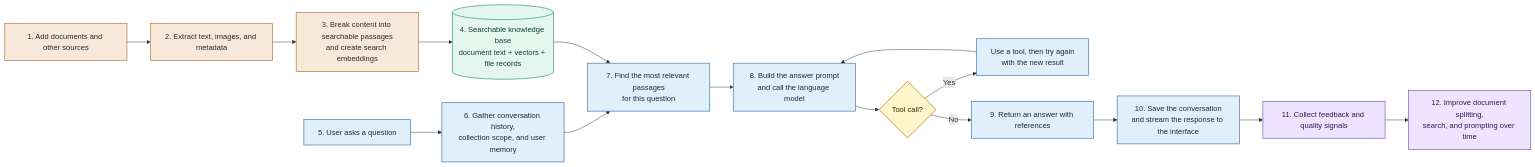
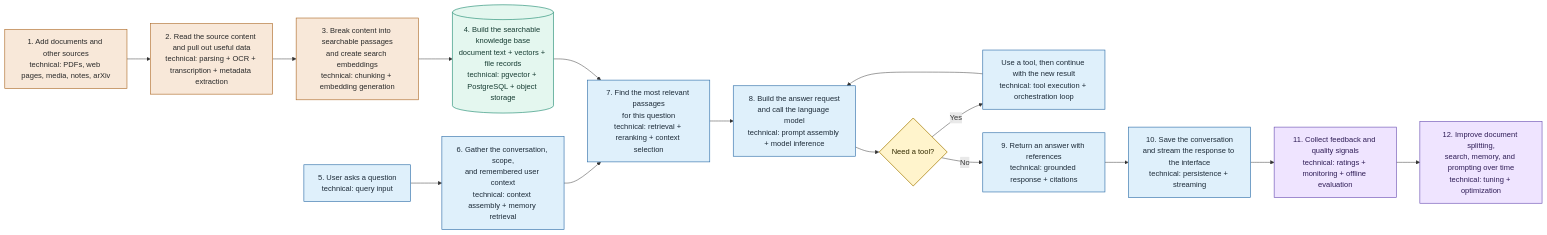
One commit to AquiLLM/AquiLLM changed the second of 3 diagrams in docs/documents/architecture/aquillm-architecture-paper-simplified.md. Above: the diagram before and after it, drawn with Mermaid. The commit also changed 2 other files, not shown here.

Commit message:
Docs: add technical labeling to architecture flow diagram

````diff
--- a/docs/documents/architecture/aquillm-architecture-paper-simplified.md
+++ b/docs/documents/architecture/aquillm-architecture-paper-simplified.md
@@ -72,30 +72,30 @@
 ```mermaid
 flowchart LR
-  A["1. Add documents and other sources"] --> B["2. Extract text, images, and metadata"]
-  B --> C["3. Break content into searchable passages<br/>and create search embeddings"]
-  C --> D[("4. Searchable knowledge base<br/>document text + vectors + file records")]
+  A["1. Add documents and other sources<br/>technical: PDFs, web pages, media, notes, arXiv"] --> B["2. Read the source content and pull out useful data<br/>technical: parsing + OCR + transcription + metadata extraction"]
+  B --> C["3. Break content into searchable passages<br/>and create search embeddings<br/>technical: chunking + embedding generation"]
+  C --> D[("4. Build the searchable knowledge base<br/>document text + vectors + file records<br/>technical: pgvector + PostgreSQL + object storage")]
 
-  E["5. User asks a question"] --> F["6. Gather conversation history,<br/>collection scope, and user memory"]
-  F --> G["7. Find the most relevant passages<br/>for this question"]
+  E["5. User asks a question<br/>technical: query input"] --> F["6. Gather the conversation, scope,<br/>and remembered user context<br/>technical: context assembly + memory retrieval"]
+  F --> G["7. Find the most relevant passages<br/>for this question<br/>technical: retrieval + reranking + context selection"]
   D --> G
-  G --> H["8. Build the answer prompt<br/>and call the language model"]
-  H --> I{"Tool call?"}
-  I -->|Yes| J["Use a tool, then try again<br/>with the new result"]
+  G --> H["8. Build the answer request<br/>and call the language model<br/>technical: prompt assembly + model inference"]
+  H --> I{"Need a tool?"}
+  I -->|Yes| J["Use a tool, then continue with the new result<br/>technical: tool execution + orchestration loop"]
   J --> H
-  I -->|No| K["9. Return an answer with references"]
-  K --> L["10. Save the conversation<br/>and stream the response to the interface"]
-  L --> M["11. Collect feedback and quality signals"]
-  M --> N["12. Improve document splitting,<br/>search, and prompting over time"]
+  I -->|No| K["9. Return an answer with references<br/>technical: grounded response + citations"]
+  K --> L["10. Save the conversation<br/>and stream the response to the interface<br/>technical: persistence + streaming"]
+  L --> M["11. Collect feedback and quality signals<br/>technical: ratings + monitoring + offline evaluation"]
+  M --> N["12. Improve document splitting,<br/>search, memory, and prompting over time<br/>technical: tuning + optimization"]
 
   classDef ingest fill:#f8e8d9,stroke:#ad6a28,stroke-width:1.3px,color:#2a2a2a;
   classDef store fill:#e4f7ef,stroke:#1f8a70,stroke-width:1.3px,color:#173d33;
   classDef runtime fill:#dff0fb,stroke:#2d6da8,stroke-width:1.3px,color:#1d2b38;
   classDef decision fill:#fff4cc,stroke:#a67c00,stroke-width:1.5px,color:#332b00;
   classDef eval fill:#efe4ff,stroke:#6a4fb3,stroke-width:1.3px,color:#2f1d56;
 
   class A,B,C ingest;
   class D store;
   class E,F,G,H,J,K,L runtime;
   class I decision;
   class M,N eval;
 ```
````
